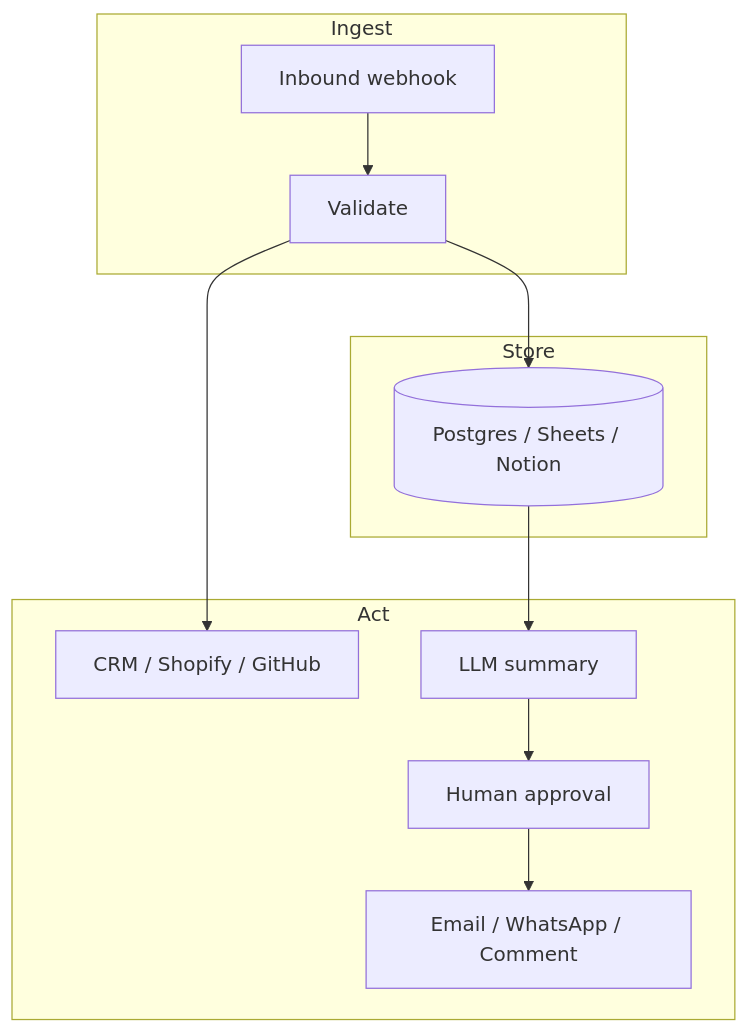
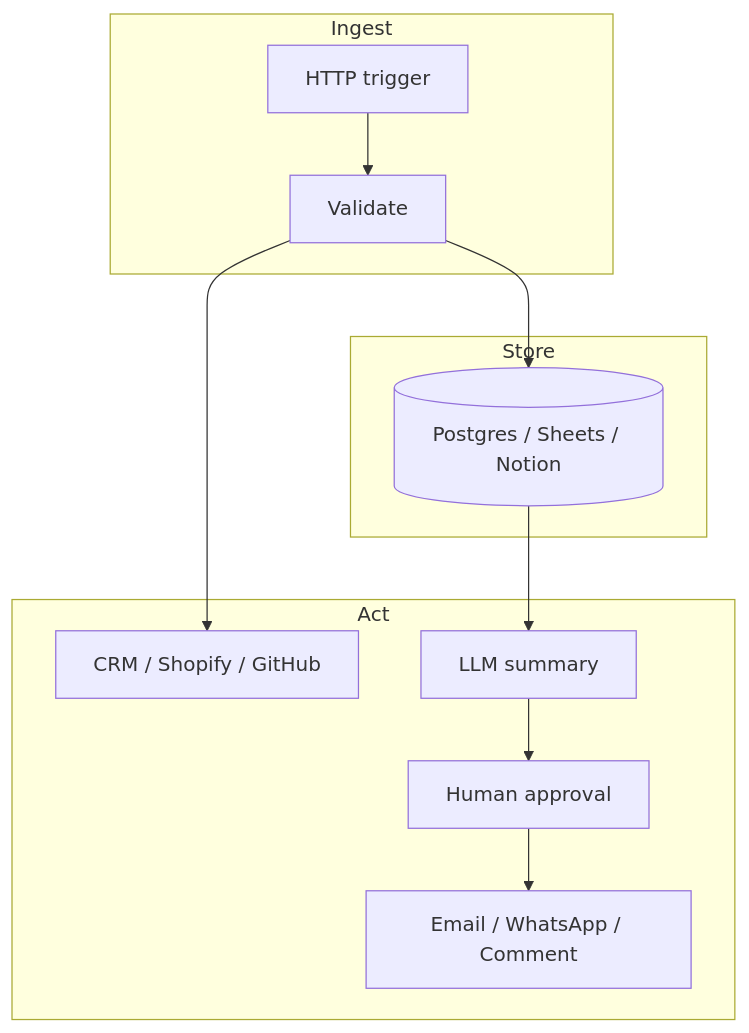
One commit to agentruntime-io/agentruntime-docs changed the diagram in integrations/connector-catalog.mdx. Above: the diagram before and after it, drawn with Mermaid. The commit also changed 13 other files, not shown here.

````diff
--- a/integrations/connector-catalog.mdx
+++ b/integrations/connector-catalog.mdx
@@ -38,16 +38,16 @@
 ```mermaid
 flowchart TB
   subgraph ingest [Ingest]
-    WH[Inbound webhook]
+    WH[HTTP trigger]
     WH --> V[Validate]
   end
   subgraph store [Store]
     V --> DB[(Postgres / Sheets / Notion)]
   end
   subgraph act [Act]
     V --> CRM[CRM / Shopify / GitHub]
     DB --> LLM[LLM summary]
     LLM --> H[Human approval]
     H --> OUT[Email / WhatsApp / Comment]
   end
 ```
````
